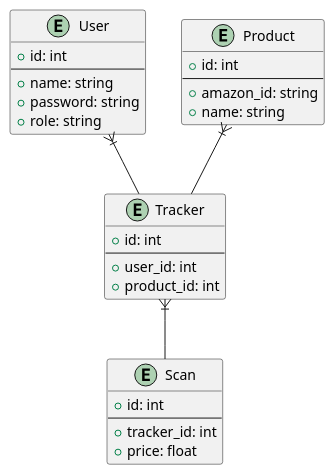
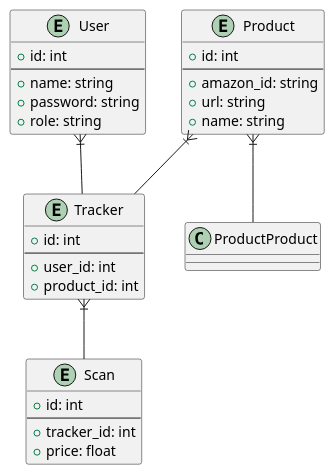
The diagram in docs/puml/db_schema.puml (sebastienservouze/amazon-tracker-api), drawn with PlantUML before and after one commit. The commit also changed 11 other files, not shown here.

```diff
--- a/docs/puml/db_schema.puml
+++ b/docs/puml/db_schema.puml
@@ -1,37 +1,39 @@
 @startuml
 'https://plantuml.com/class-diagram
 
 entity "User" {
     + id: int
     --
     + name: string
     + password: string
     + role: string
 }
 
 entity "Product" {
     + id: int
     --
     + amazon_id: string
+    + url: string
     + name: string
 }
 
 entity "Tracker" {
     + id: int
     --
     + user_id: int
     + product_id: int
 }
 
 entity "Scan" {
     + id: int
     --
     + tracker_id: int
     + price: float
 }
 
 User }|-- Tracker
 Product }|-- Tracker
 Tracker }|-- Scan
+Product }|-- ProductProduct
 
 @enduml
```
